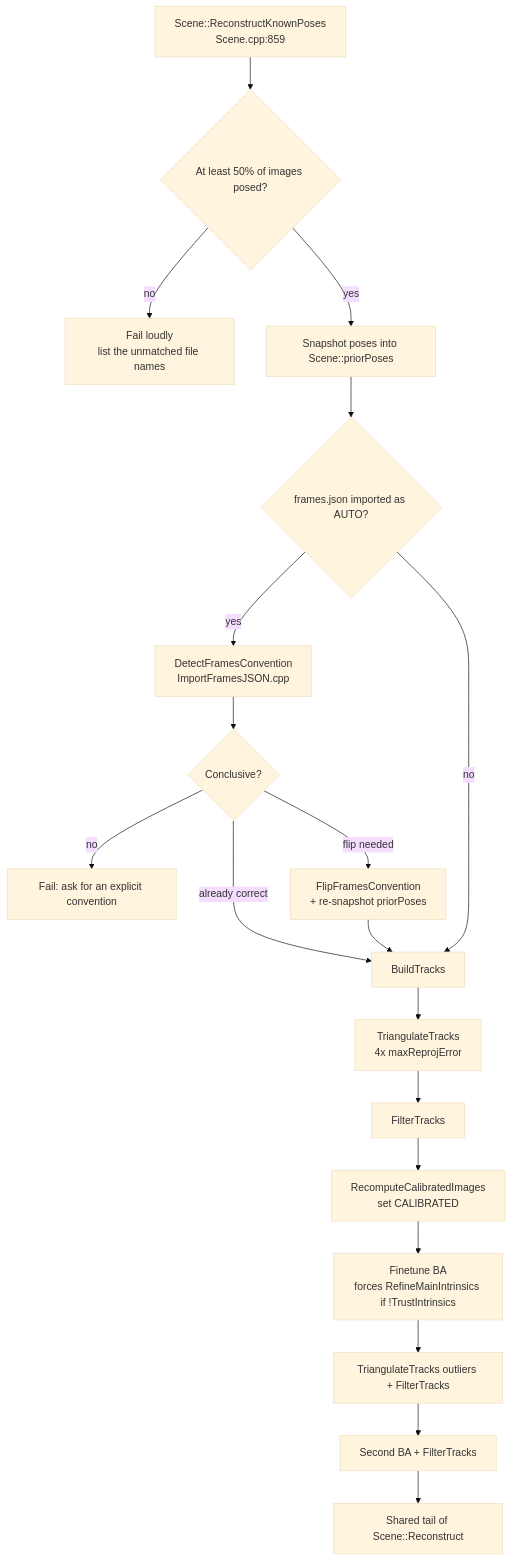
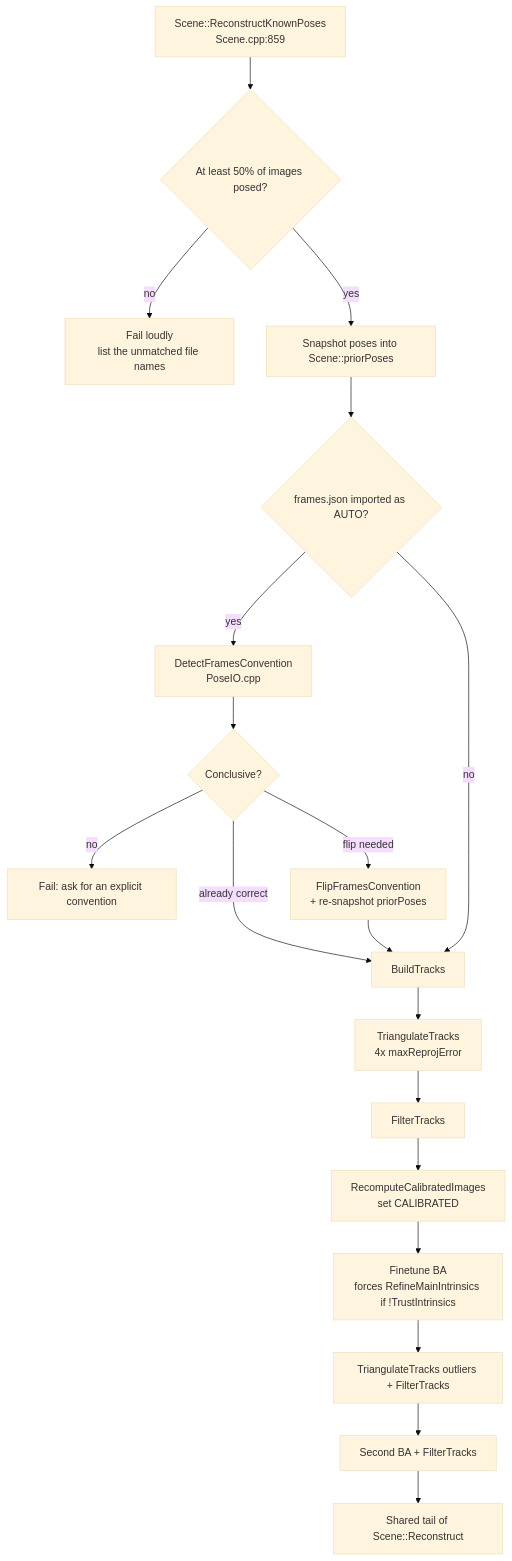
The second of 10 diagrams in docs/pipeline-traces.md (cdcseacave/openMVS), drawn with Mermaid (base theme) before and after one commit. The commit also changed other lines of this file and 11 other files, not shown here.

````diff
--- a/docs/pipeline-traces.md
+++ b/docs/pipeline-traces.md
@@ -158,21 +158,21 @@
 ```mermaid
 graph TD
     A[Scene::ReconstructKnownPoses<br/>Scene.cpp:859] --> B{At least 50% of images posed?}
     B -->|no| B1[Fail loudly<br/>list the unmatched file names]
     B -->|yes| C[Snapshot poses into Scene::priorPoses]
     C --> D{frames.json imported as AUTO?}
-    D -->|yes| E[DetectFramesConvention<br/>ImportFramesJSON.cpp]
+    D -->|yes| E[DetectFramesConvention<br/>PoseIO.cpp]
     E --> E1{Conclusive?}
     E1 -->|no| E2[Fail: ask for an explicit convention]
     E1 -->|flip needed| E3[FlipFramesConvention<br/>+ re-snapshot priorPoses]
     E1 -->|already correct| F
     E3 --> F
     D -->|no| F
     F[BuildTracks] --> G[TriangulateTracks<br/>4x maxReprojError]
     G --> H[FilterTracks]
     H --> I[RecomputeCalibratedImages<br/>set CALIBRATED]
     I --> J[Finetune BA<br/>forces RefineMainIntrinsics if !TrustIntrinsics]
     J --> K[TriangulateTracks outliers + FilterTracks]
     K --> L[Second BA + FilterTracks]
     L --> M[Shared tail of Scene::Reconstruct]
 ```
````
